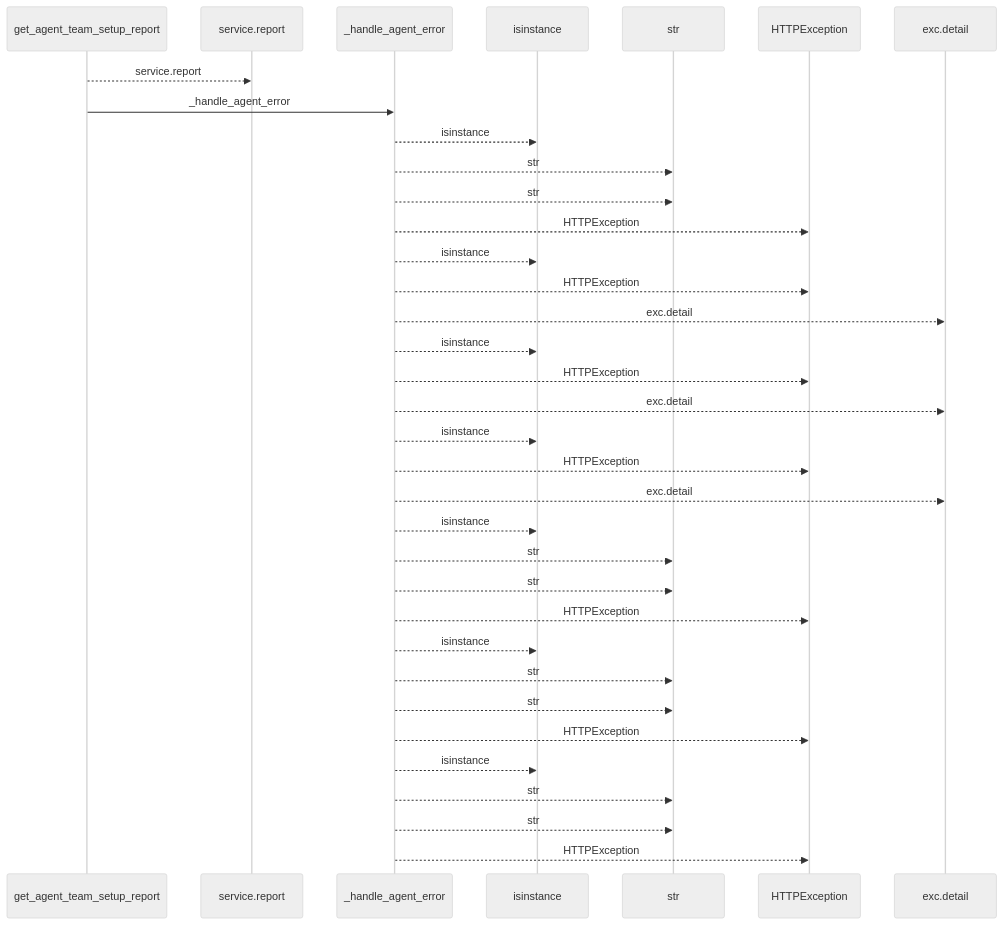
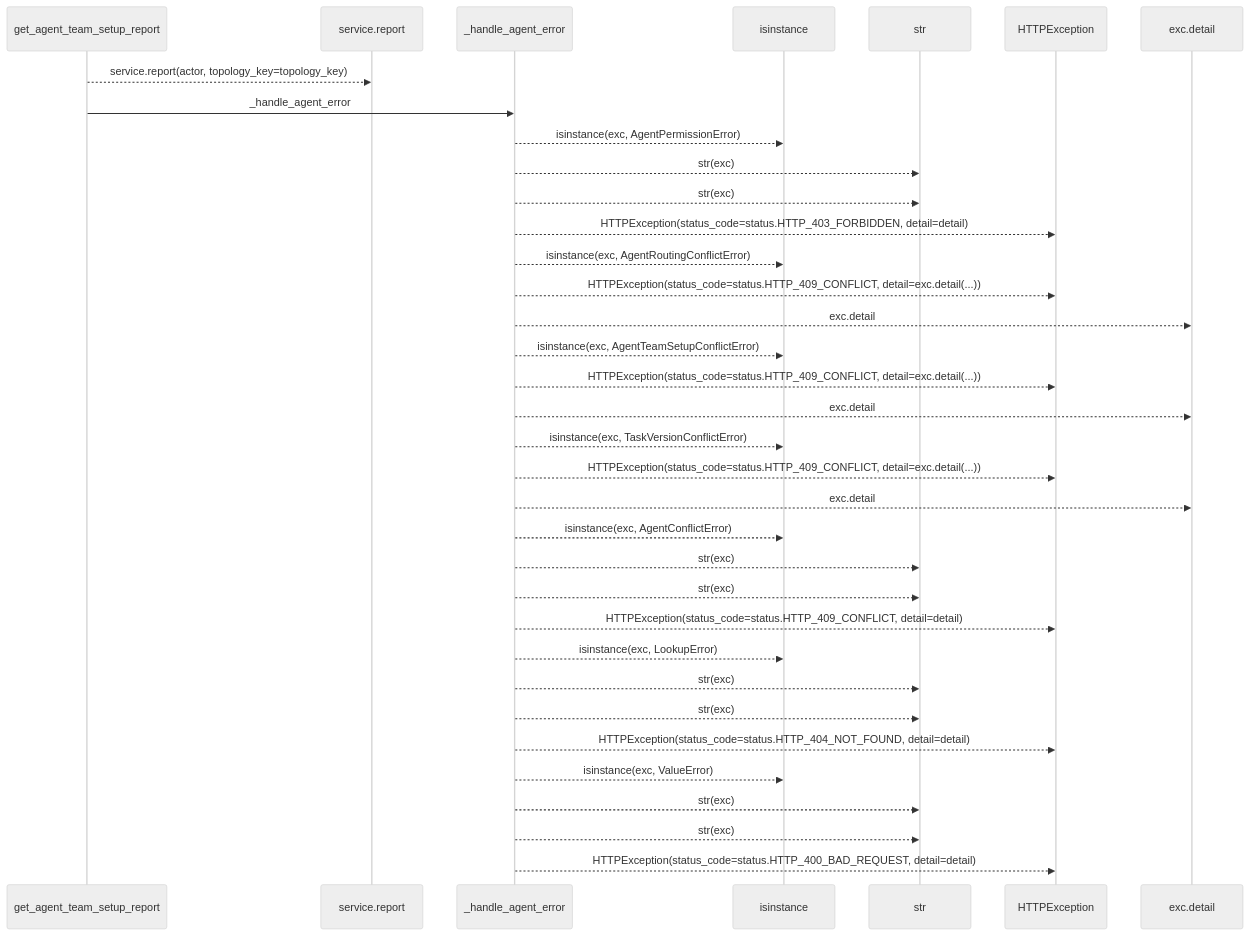
Before and after one commit to Denissvgn/WorkChord: the first of 2 diagrams in docs/llm_wiki/flows/http-get_agent_team_setup_report.md, drawn with Mermaid (neutral theme). The commit also changed other lines of this file and 25171 other files, not shown here.

````diff
--- a/docs/llm_wiki/flows/http-get_agent_team_setup_report.md
+++ b/docs/llm_wiki/flows/http-get_agent_team_setup_report.md
@@ -10,37 +12,37 @@
 ```mermaid
 sequenceDiagram
     participant p0 as get_agent_team_setup_report
     participant p1 as service.report
     participant p2 as _handle_agent_error
     participant p3 as isinstance
     participant p4 as str
     participant p5 as HTTPException
     participant p6 as exc.detail
-    p0-->>p1: service.report
+    p0-->>p1: service.report(actor, topology_key=topology_key)
     p0->>p2: _handle_agent_error
-    p2-->>p3: isinstance
-    p2-->>p4: str
-    p2-->>p4: str
-    p2-->>p5: HTTPException
-    p2-->>p3: isinstance
-    p2-->>p5: HTTPException
+    p2-->>p3: isinstance(exc, AgentPermissionError)
+    p2-->>p4: str(exc)
+    p2-->>p4: str(exc)
+    p2-->>p5: HTTPException(status_code=status.HTTP_403_FORBIDDEN, detail=detail)
+    p2-->>p3: isinstance(exc, AgentRoutingConflictError)
+    p2-->>p5: HTTPException(status_code=status.HTTP_409_CONFLICT, detail=exc.detail(...))
     p2-->>p6: exc.detail
-    p2-->>p3: isinstance
-    p2-->>p5: HTTPException
+    p2-->>p3: isinstance(exc, AgentTeamSetupConflictError)
+    p2-->>p5: HTTPException(status_code=status.HTTP_409_CONFLICT, detail=exc.detail(...))
     p2-->>p6: exc.detail
-    p2-->>p3: isinstance
-    p2-->>p5: HTTPException
+    p2-->>p3: isinstance(exc, TaskVersionConflictError)
+    p2-->>p5: HTTPException(status_code=status.HTTP_409_CONFLICT, detail=exc.detail(...))
     p2-->>p6: exc.detail
-    p2-->>p3: isinstance
-    p2-->>p4: str
-    p2-->>p4: str
-    p2-->>p5: HTTPException
-    p2-->>p3: isinstance
-    p2-->>p4: str
-    p2-->>p4: str
-    p2-->>p5: HTTPException
-    p2-->>p3: isinstance
-    p2-->>p4: str
-    p2-->>p4: str
-    p2-->>p5: HTTPException
+    p2-->>p3: isinstance(exc, AgentConflictError)
+    p2-->>p4: str(exc)
+    p2-->>p4: str(exc)
+    p2-->>p5: HTTPException(status_code=status.HTTP_409_CONFLICT, detail=detail)
+    p2-->>p3: isinstance(exc, LookupError)
+    p2-->>p4: str(exc)
+    p2-->>p4: str(exc)
+    p2-->>p5: HTTPException(status_code=status.HTTP_404_NOT_FOUND, detail=detail)
+    p2-->>p3: isinstance(exc, ValueError)
+    p2-->>p4: str(exc)
+    p2-->>p4: str(exc)
+    p2-->>p5: HTTPException(status_code=status.HTTP_400_BAD_REQUEST, detail=detail)
 ```
````
